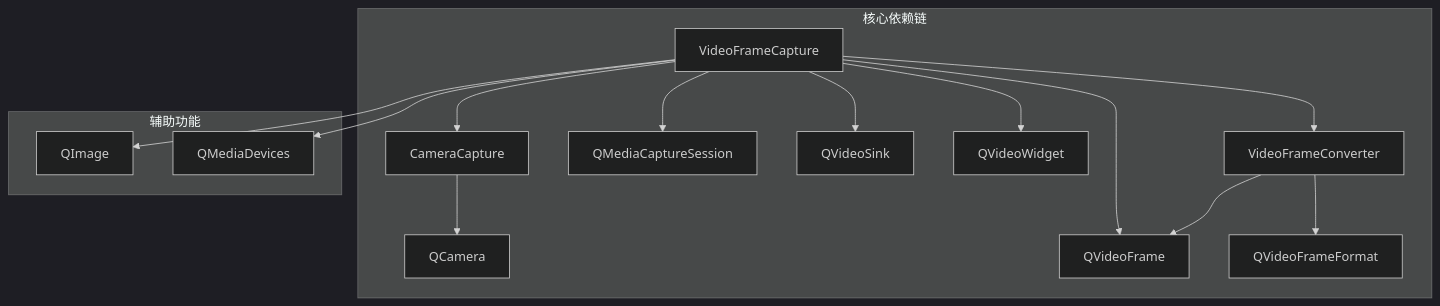
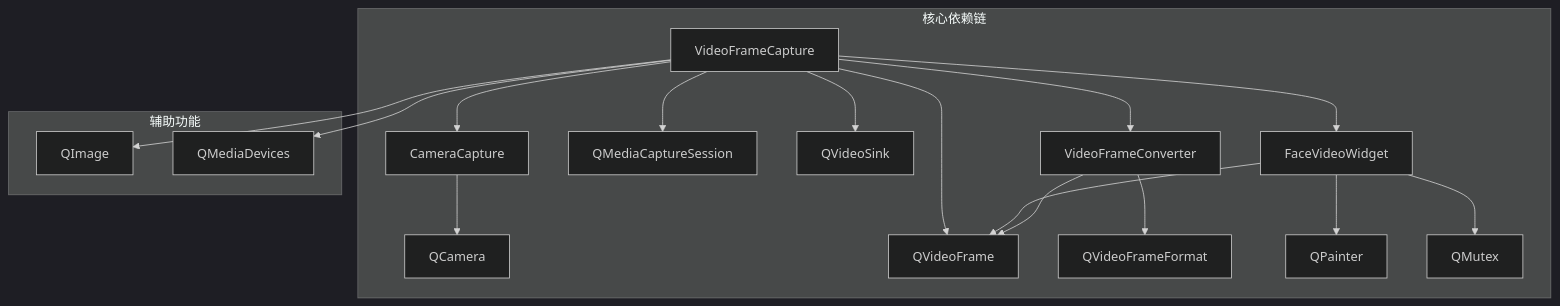
Diagram 11 of 11 in .qoder/repowiki/zh/content/核心模块/摄像头采集模块/摄像头采集模块.md (HeQiTZD/Triple-terminal-Attendance-Punching-System), drawn with Mermaid (dark theme) before and after one commit. The commit also changed other lines of this file and 44 other files, not shown here.

````diff
--- a/.qoder/repowiki/zh/content/核心模块/摄像头采集模块/摄像头采集模块.md
+++ b/.qoder/repowiki/zh/content/核心模块/摄像头采集模块/摄像头采集模块.md
@@ -436,18 +568,21 @@
 ```mermaid
 graph TB
 subgraph "核心依赖链"
 CC[CameraCapture] --> QCamera
 VFC[VideoFrameCapture] --> CC
 VFC --> QMediaCaptureSession
 VFC --> QVideoSink
-VFC --> QVideoWidget
+VFC --> FVW[FaceVideoWidget]
 VFC --> VFCV[VideoFrameConverter]
 VFCV --> QVideoFrame
 VFCV --> QVideoFrameFormat
+FVW --> QVideoFrame
+FVW --> QPainter
+FVW --> QMutex
 end
 subgraph "辅助功能"
 VFC --> QVideoFrame
 VFC --> QImage
 VFC --> QMediaDevices
 end
 ```
````
